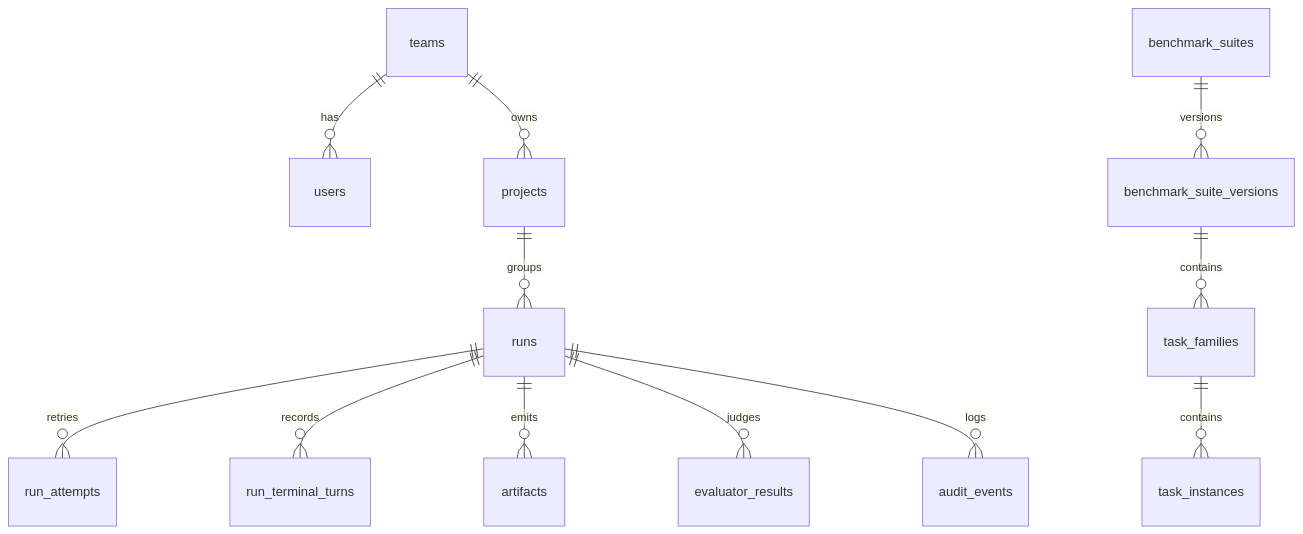
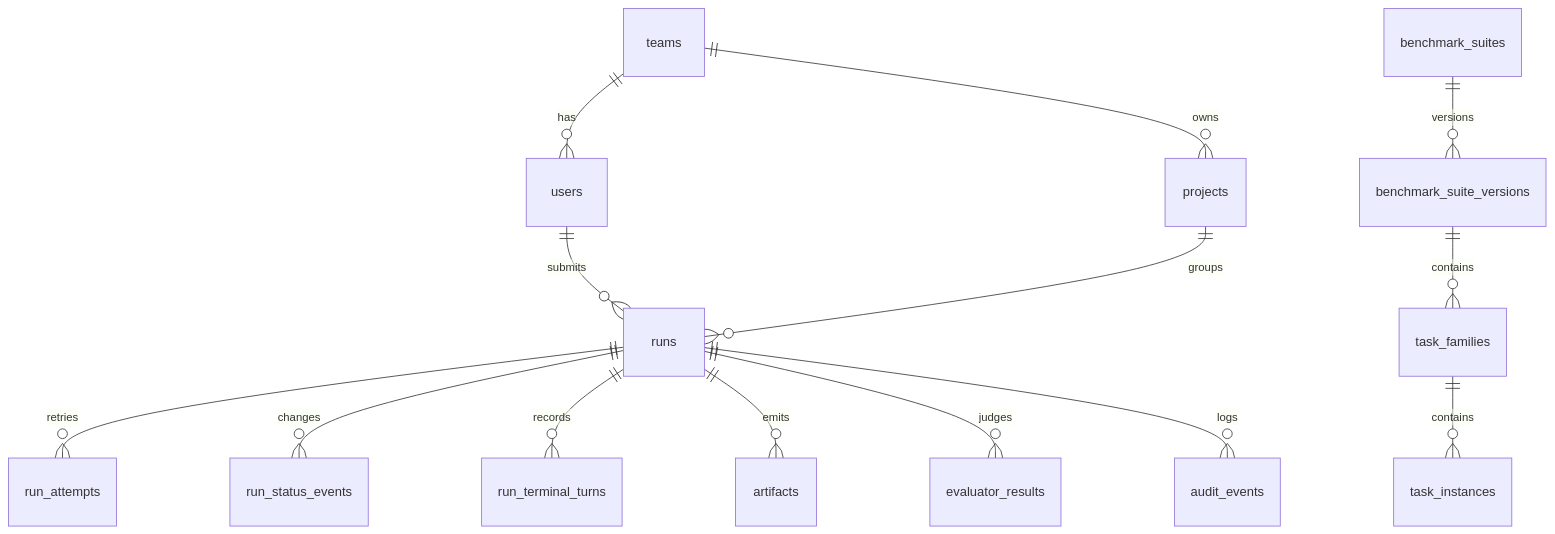
Before and after one commit to qianyi-sun/loom: the diagram in docs/architecture/postgres-persistence.md, drawn with Mermaid. The commit also changed other lines of this file and 10 other files, not shown here.

````diff
--- a/docs/architecture/postgres-persistence.md
+++ b/docs/architecture/postgres-persistence.md
@@ -35,14 +36,16 @@
 ```mermaid
 erDiagram
     teams ||--o{ users : has
     teams ||--o{ projects : owns
+    users ||--o{ runs : submits
     projects ||--o{ runs : groups
     benchmark_suites ||--o{ benchmark_suite_versions : versions
     benchmark_suite_versions ||--o{ task_families : contains
     task_families ||--o{ task_instances : contains
     runs ||--o{ run_attempts : retries
+    runs ||--o{ run_status_events : changes
     runs ||--o{ run_terminal_turns : records
     runs ||--o{ artifacts : emits
     runs ||--o{ evaluator_results : judges
     runs ||--o{ audit_events : logs
 ```
````
